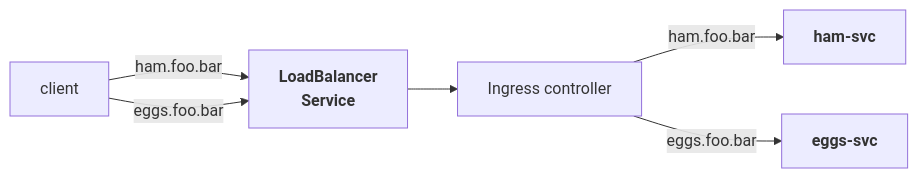
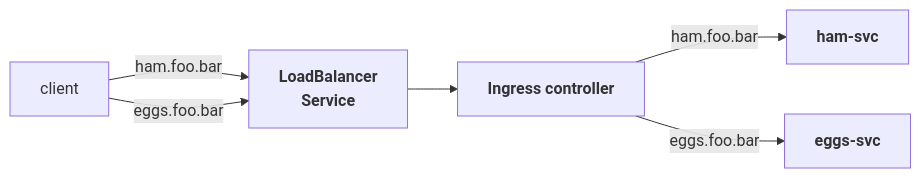
One commit to Braundo/kubernetes-guide changed the second of 3 diagrams in docs/ingress.md. Above: the diagram before and after it, drawn with Mermaid. The commit also changed other lines of this file and 1 other file, not shown here.

````diff
--- a/docs/ingress.md
+++ b/docs/ingress.md
@@ -23,8 +22,8 @@
 ``` mermaid
 flowchart LR
     CLD[client] --> |ham.foo.bar| LBS
     CLD[client] --> |eggs.foo.bar| LBS
-    LBS[<b>LoadBalancer<br>Service] --> ing1[Ingress controller]
+    LBS[<b>LoadBalancer<br>Service] --> ing1[<b>Ingress controller]
     ing1 --> |ham.foo.bar|SVC1[<b>ham-svc]
     ing1 --> |eggs.foo.bar|SVC2[<b>eggs-svc]
 ```
````
